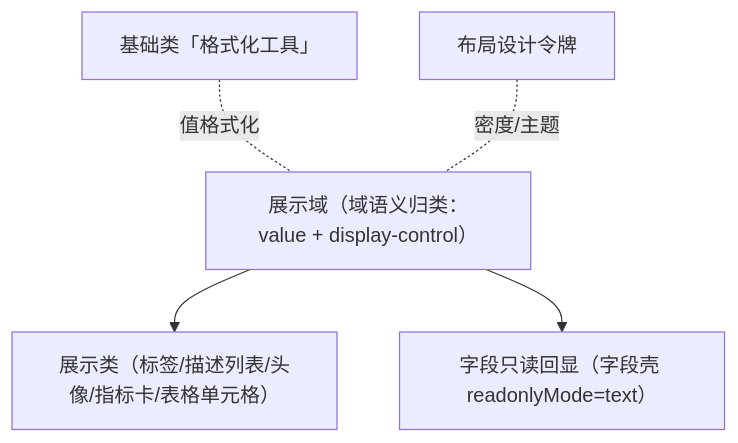
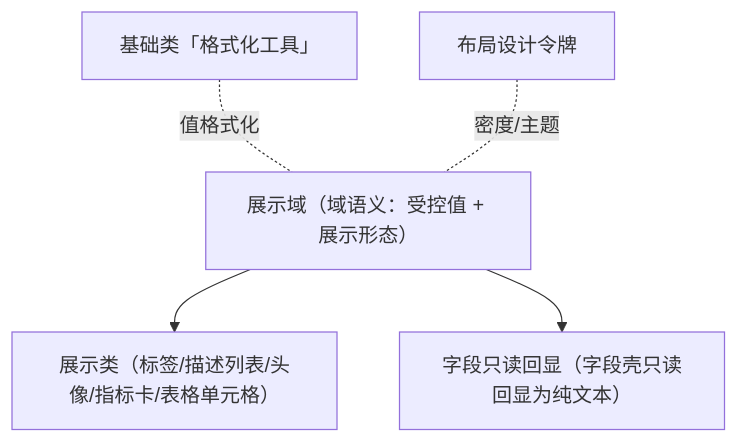
One commit to minjian123/basic-management-system changed the diagram in bms文档/设计/组件设计/02_基础组件类/03_域基类/02_组件设计_展示域基类/02_组件设计_展示域基类.md. Above: the diagram before and after it, drawn with Mermaid. The commit also changed other lines of this file and 238 other files, not shown here.

````diff
--- a/bms文档/设计/组件设计/02_基础组件类/03_域基类/02_组件设计_展示域基类/02_组件设计_展示域基类.md
+++ b/bms文档/设计/组件设计/02_基础组件类/03_域基类/02_组件设计_展示域基类/02_组件设计_展示域基类.md
@@ -15,7 +16,7 @@
 ```mermaid
 flowchart TD
-    D["展示域（域语义归类：value + display-control）"] --> S["展示类（标签/描述列表/头像/指标卡/表格单元格）"]
-    D --> R["字段只读回显（字段壳 readonlyMode=text）"]
+    D["展示域（域语义：受控值 + 展示形态）"] --> S["展示类（标签/描述列表/头像/指标卡/表格单元格）"]
+    D --> R["字段只读回显（字段壳只读回显为纯文本）"]
     F["基础类「格式化工具」"] -.值格式化.- D
     T["布局设计令牌"] -.密度/主题.- D
 ```
````
